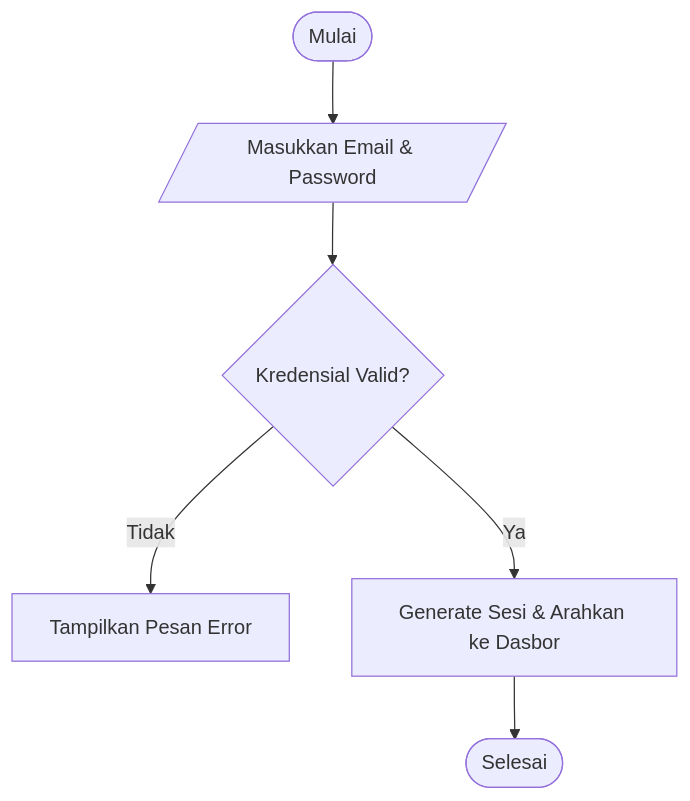
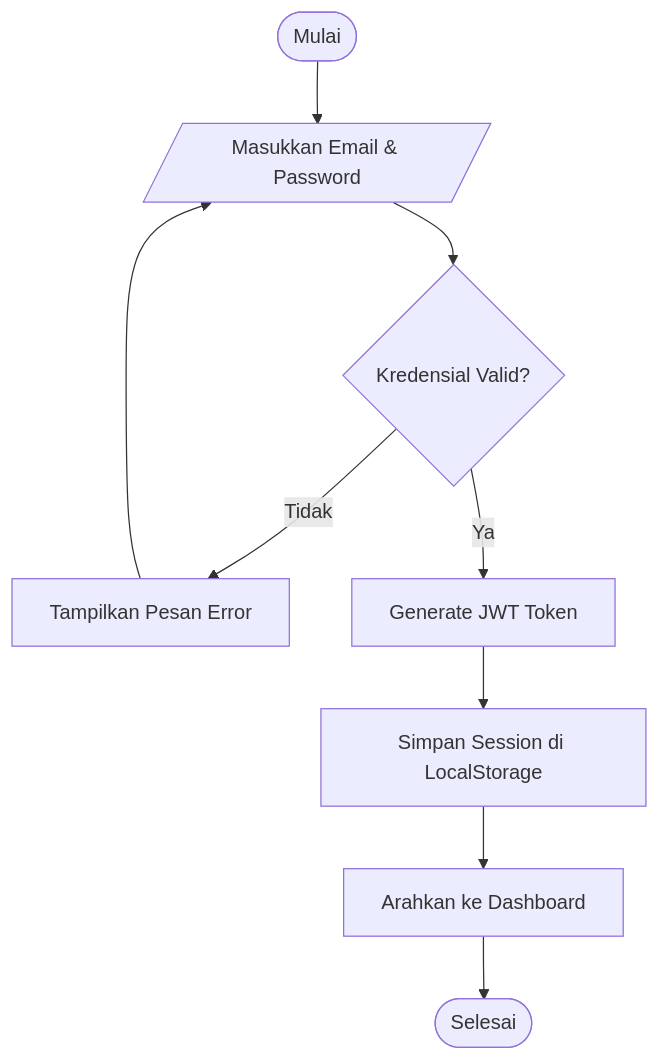
The first of 10 diagrams in docs/flowchart.md (iqbalgsr46/sipas), drawn with Mermaid before and after one commit. The commit also changed other lines of this file and 10 other files, not shown here.

````diff
--- a/docs/flowchart.md
+++ b/docs/flowchart.md
@@ -4,8 +4,11 @@
 ```mermaid
 graph TD
     A([Mulai]) --> B[/Masukkan Email & Password/]
     B --> C{Kredensial Valid?}
     C -->|Tidak| D[Tampilkan Pesan Error]
-    C -->|Ya| E[Generate Sesi & Arahkan ke Dasbor]
-    E --> F([Selesai])
+    D --> B
+    C -->|Ya| E[Generate JWT Token]
+    E --> F[Simpan Session di LocalStorage]
+    F --> G[Arahkan ke Dashboard]
+    G --> H([Selesai])
 ```
````
